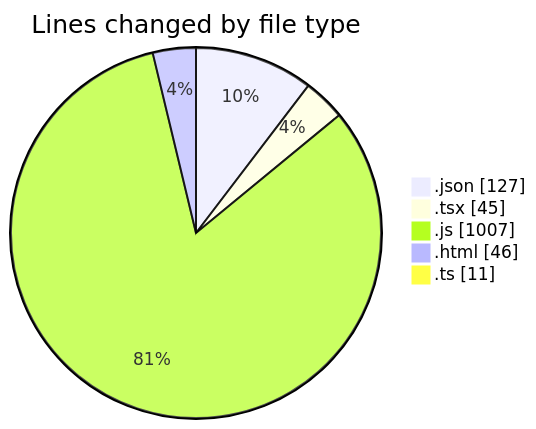
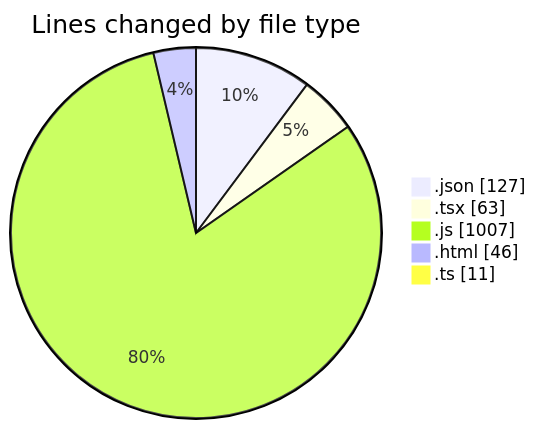
Before and after one commit to momahboobian/code-tracking: the first of 2 diagrams in 2026-04-13/cda/README.md, drawn with Mermaid. The commit also changed other lines of this file and 1 other file, not shown here.

````diff
--- a/2026-04-13/cda/README.md
+++ b/2026-04-13/cda/README.md
@@ -27,9 +28,9 @@
 ```mermaid
 pie showData
 title Lines changed by file type
 ".json" : 127
-".tsx" : 45
+".tsx" : 63
 ".js" : 1007
 ".html" : 46
 ".ts" : 11
 ```
````
